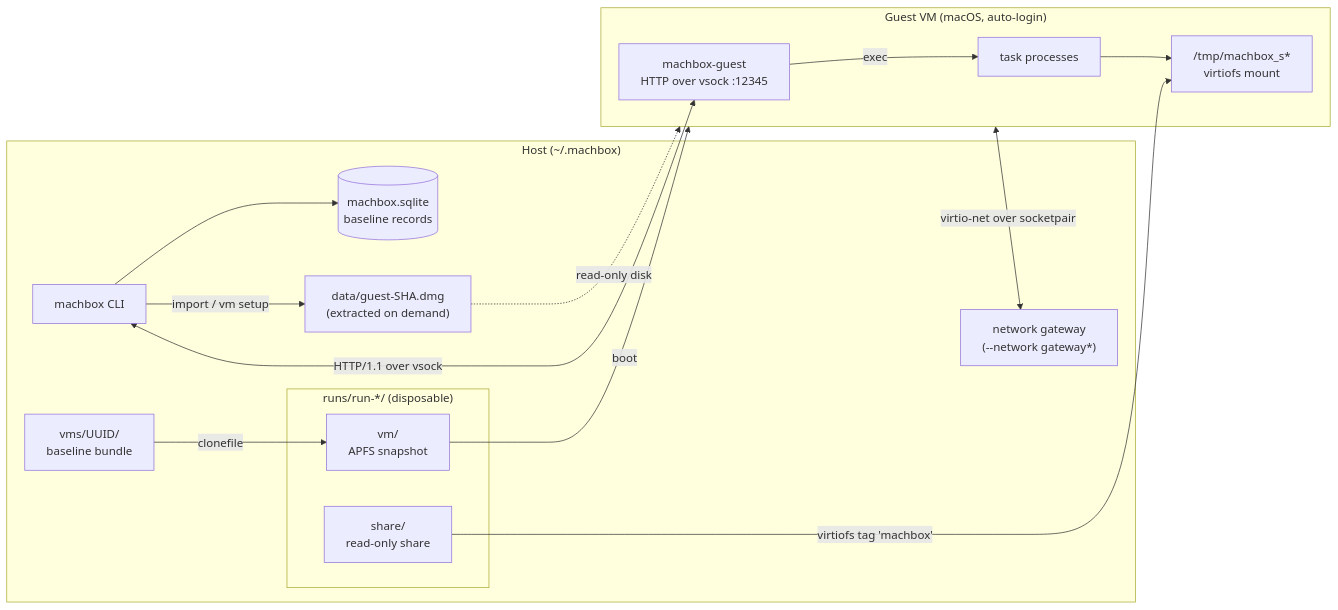
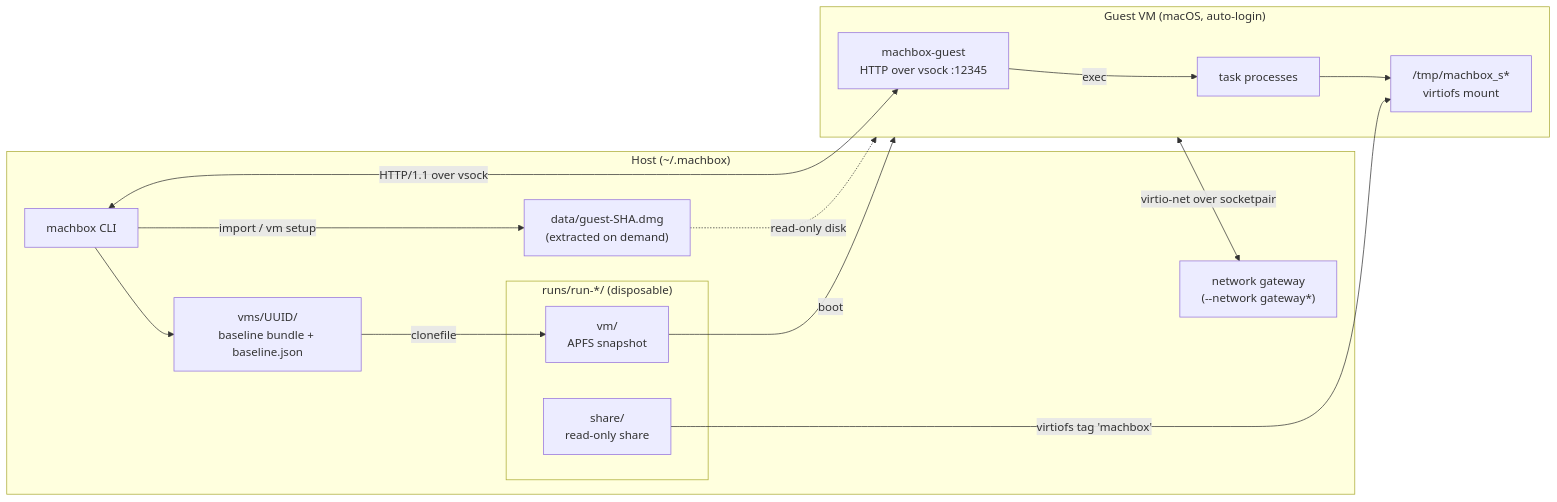
One commit to ac0d3r/machbox changed the diagram in docs/architecture.md. Above: the diagram before and after it, drawn with Mermaid. The commit also changed other lines of this file and 12 other files, not shown here.

First line of the commit message:
refactor(db): baseline records as baseline.json, no SQLite

````diff
--- a/docs/architecture.md
+++ b/docs/architecture.md
@@ -11,31 +11,30 @@
 ```mermaid
 flowchart LR
     subgraph Host["Host (~/.machbox)"]
         CLI["machbox CLI"]
-        DB[("machbox.sqlite<br>baseline records")]
         GuestDMG["data/guest-SHA.dmg<br>(extracted on demand)"]
-        Baseline["vms/UUID/<br>baseline bundle"]
+        Baseline["vms/UUID/<br>baseline bundle + baseline.json"]
         subgraph Run["runs/run-*/ (disposable)"]
             Snap["vm/<br>APFS snapshot"]
             Share["share/<br>read-only share"]
         end
         Gateway["network gateway<br>(--network gateway*)"]
     end
 
     subgraph Guest["Guest VM (macOS, auto-login)"]
         Agent["machbox-guest<br>HTTP over vsock :12345"]
         Proc["task processes"]
         Mount["/tmp/machbox_s*<br>virtiofs mount"]
     end
 
-    CLI --> DB
+    CLI --> Baseline
     CLI -->|import / vm setup| GuestDMG
     GuestDMG -.->|read-only disk| Guest
     Baseline -->|clonefile| Snap
     Snap -->|boot| Guest
     Share -->|virtiofs tag 'machbox'| Mount
     CLI <-->|HTTP/1.1 over vsock| Agent
     Guest <-->|virtio-net over socketpair| Gateway
     Agent -->|exec| Proc
     Proc --> Mount
 ```
````
